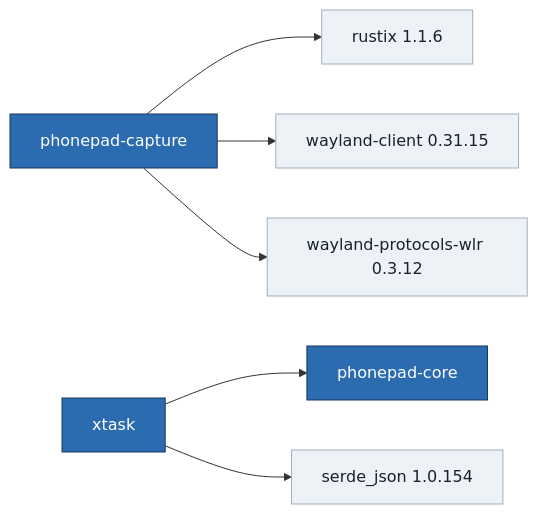
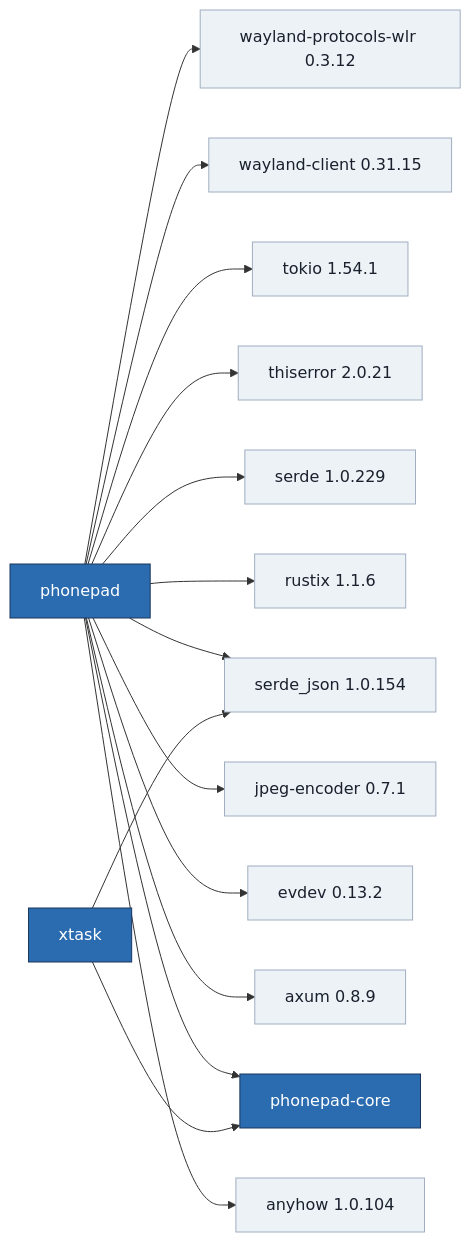
One commit to igouss/phonepad changed the diagram in docs/views/crate-graph.mmd. Above: the diagram before and after it, drawn with Mermaid. The commit also changed 19 other files, not shown here.

First line of the commit message:
phonepad: Rust server replaces server.py and the capture helper; capture runs in-process

```diff
--- a/docs/views/crate-graph.mmd
+++ b/docs/views/crate-graph.mmd
@@ -1,15 +1,31 @@
 flowchart LR
   classDef workspace fill:#2b6cb0,stroke:#1a365d,color:#ffffff
   classDef external fill:#edf2f7,stroke:#a0aec0,color:#1a202c
-  c_phonepad_capture["phonepad-capture"]:::workspace
+  c_phonepad["phonepad"]:::workspace
   c_phonepad_core["phonepad-core"]:::workspace
   c_xtask["xtask"]:::workspace
+  c_anyhow_1_0_104["anyhow 1.0.104"]:::external
+  c_axum_0_8_9["axum 0.8.9"]:::external
+  c_evdev_0_13_2["evdev 0.13.2"]:::external
+  c_jpeg_encoder_0_7_1["jpeg-encoder 0.7.1"]:::external
   c_rustix_1_1_6["rustix 1.1.6"]:::external
+  c_serde_1_0_229["serde 1.0.229"]:::external
   c_serde_json_1_0_154["serde_json 1.0.154"]:::external
+  c_thiserror_2_0_21["thiserror 2.0.21"]:::external
+  c_tokio_1_54_1["tokio 1.54.1"]:::external
   c_wayland_client_0_31_15["wayland-client 0.31.15"]:::external
   c_wayland_protocols_wlr_0_3_12["wayland-protocols-wlr 0.3.12"]:::external
-  c_phonepad_capture --> c_rustix_1_1_6
-  c_phonepad_capture --> c_wayland_client_0_31_15
-  c_phonepad_capture --> c_wayland_protocols_wlr_0_3_12
+  c_phonepad --> c_anyhow_1_0_104
+  c_phonepad --> c_axum_0_8_9
+  c_phonepad --> c_evdev_0_13_2
+  c_phonepad --> c_jpeg_encoder_0_7_1
+  c_phonepad --> c_phonepad_core
+  c_phonepad --> c_rustix_1_1_6
+  c_phonepad --> c_serde_1_0_229
+  c_phonepad --> c_serde_json_1_0_154
+  c_phonepad --> c_thiserror_2_0_21
+  c_phonepad --> c_tokio_1_54_1
+  c_phonepad --> c_wayland_client_0_31_15
+  c_phonepad --> c_wayland_protocols_wlr_0_3_12
   c_xtask --> c_phonepad_core
   c_xtask --> c_serde_json_1_0_154
```
